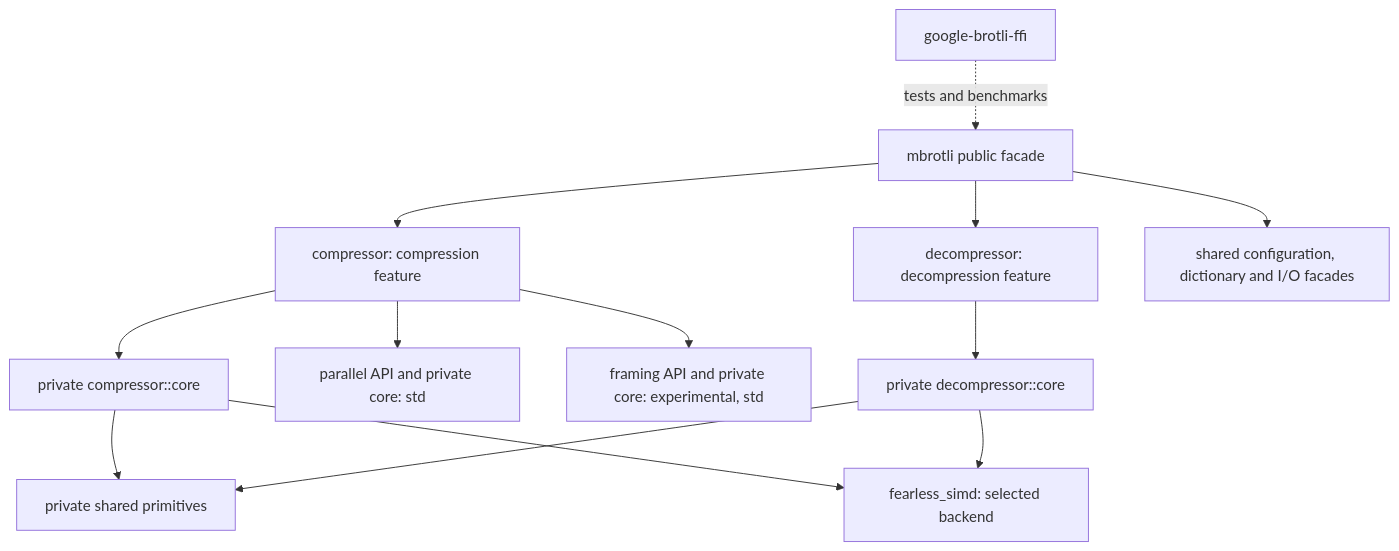
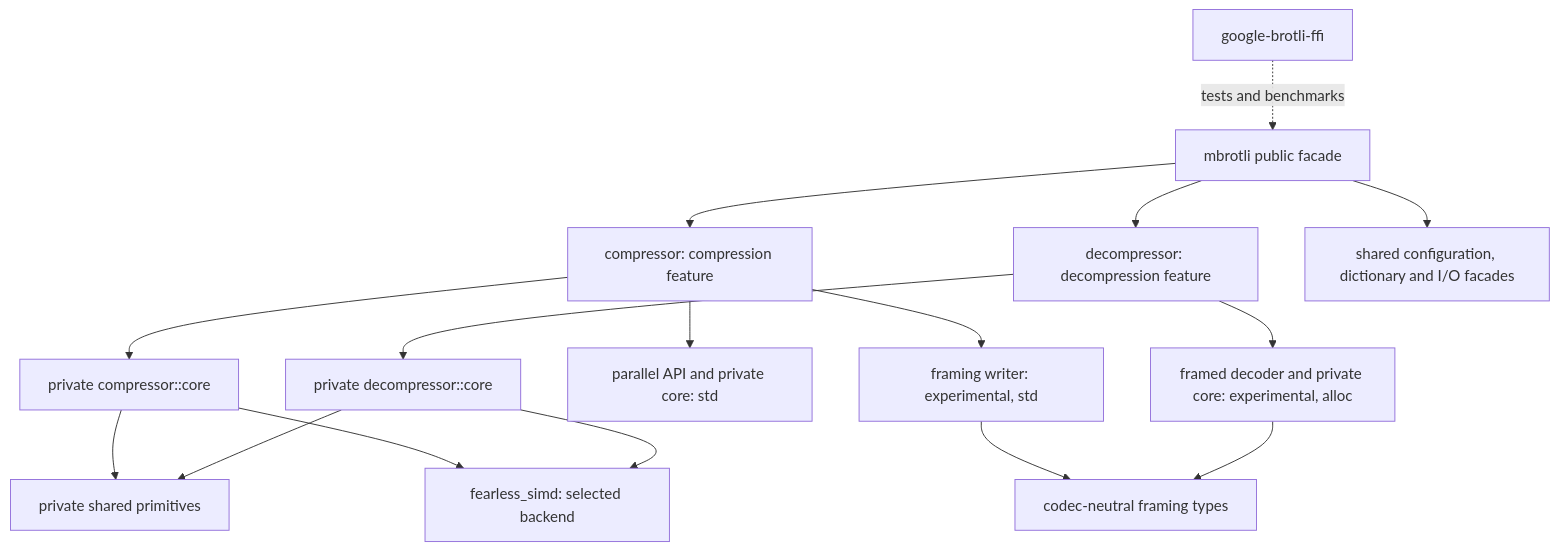
Before and after one commit to Mnwa/mbrotli: the diagram in architecture/README.md, drawn with Mermaid. The commit also changed other lines of this file and 58 other files, not shown here.

Commit message:
Add framed decoder

````diff
--- a/architecture/README.md
+++ b/architecture/README.md
@@ -9,15 +9,18 @@
 ```mermaid
 graph TD
     Root[mbrotli public facade] --> Encode[compressor: compression feature]
     Root --> Decode[decompressor: decompression feature]
     Root --> Common[shared configuration, dictionary and I/O facades]
     Encode --> ECore[private compressor::core]
     Decode --> DCore[private decompressor::core]
     Encode --> Parallel[parallel API and private core: std]
-    Encode --> Framing[framing API and private core: experimental, std]
+    Encode --> Framing[framing writer: experimental, std]
+    Decode --> FDecode[framed decoder and private core: experimental, alloc]
+    Framing --> Wire[codec-neutral framing types]
+    FDecode --> Wire
     ECore --> Shared[private shared primitives]
     DCore --> Shared
     ECore --> SIMD[fearless_simd: selected backend]
     DCore --> SIMD
     C[google-brotli-ffi] -. tests and benchmarks .-> Root
 ```
````
